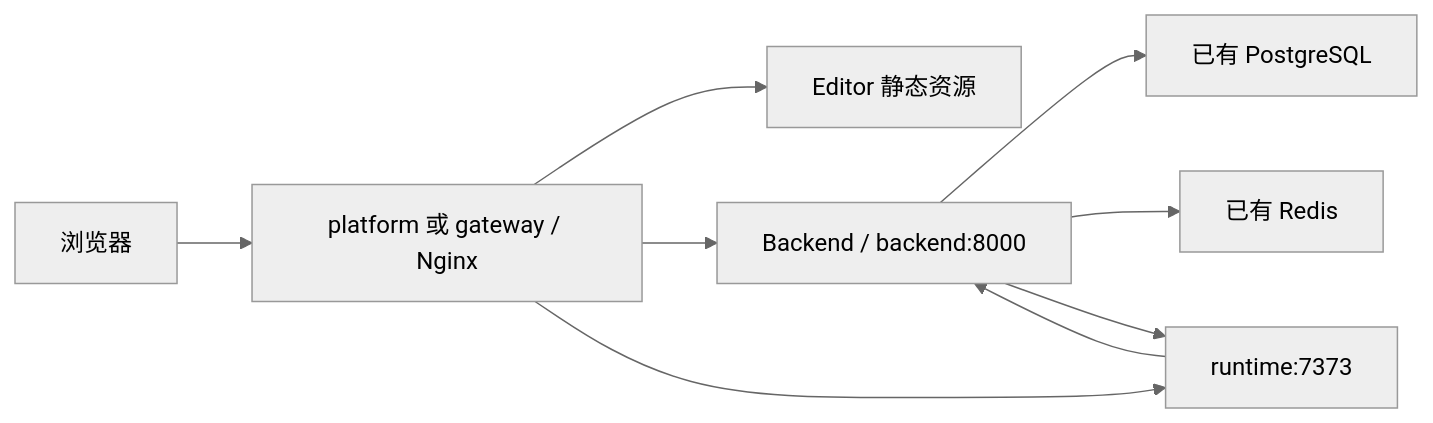
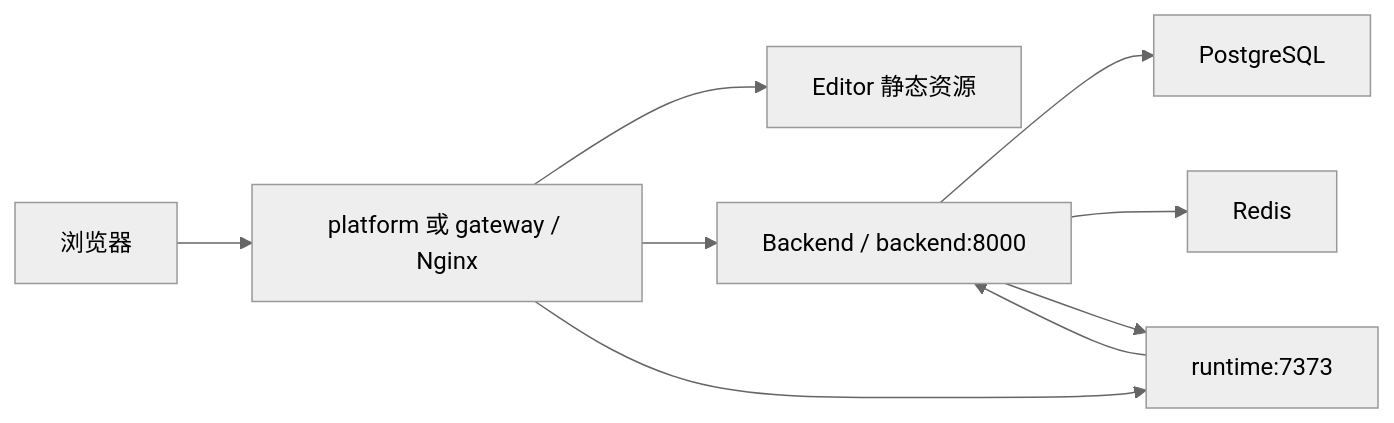
Before and after one commit to LLMxPM/web-presentation: the diagram in docs/deployment-guide.md, drawn with Mermaid (neutral theme). The commit also changed other lines of this file and 10 other files, not shown here.

````diff
--- a/docs/deployment-guide.md
+++ b/docs/deployment-guide.md
@@ -190,11 +191,11 @@
 ```mermaid
 flowchart LR
     Browser["浏览器"] --> Gateway["platform 或 gateway / Nginx"]
     Gateway --> Editor["Editor 静态资源"]
     Gateway --> Backend["Backend / backend:8000"]
     Gateway --> Runtime["runtime:7373"]
-    Backend --> Postgres["已有 PostgreSQL"]
-    Backend --> Redis["已有 Redis"]
+    Backend --> Postgres["PostgreSQL"]
+    Backend --> Redis["Redis"]
     Backend --> Runtime
     Runtime --> Backend
 ```
````
